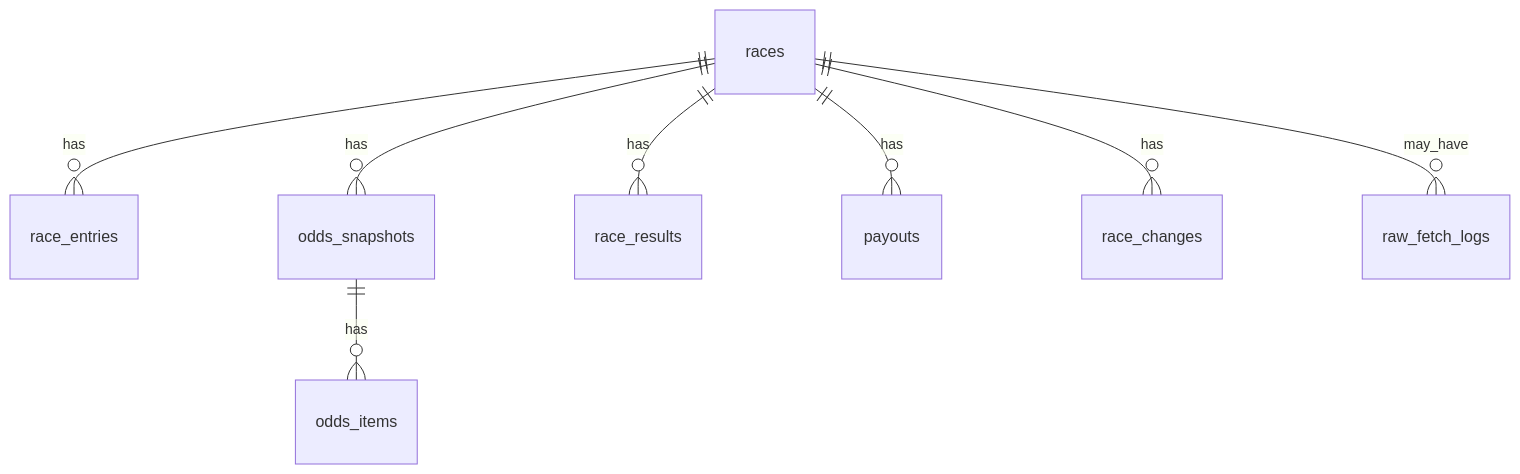
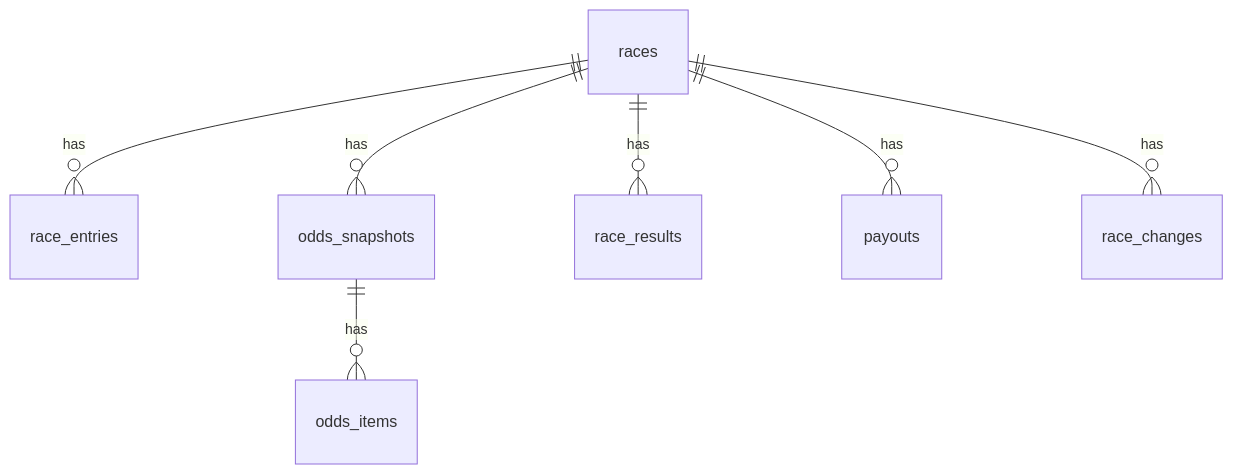
One commit to shinji1095/keiba-ai changed the diagram in docs/scraper/02_database_design.md. Above: the diagram before and after it, drawn with Mermaid. The commit also changed other lines of this file and 65 other files, not shown here.

````diff
--- a/docs/scraper/02_database_design.md
+++ b/docs/scraper/02_database_design.md
@@ -26,10 +25,9 @@
 ```mermaid
 erDiagram
   races ||--o{ race_entries : has
   races ||--o{ odds_snapshots : has
   odds_snapshots ||--o{ odds_items : has
   races ||--o{ race_results : has
   races ||--o{ payouts : has
   races ||--o{ race_changes : has
-  races ||--o{ raw_fetch_logs : may_have
 ```
````
